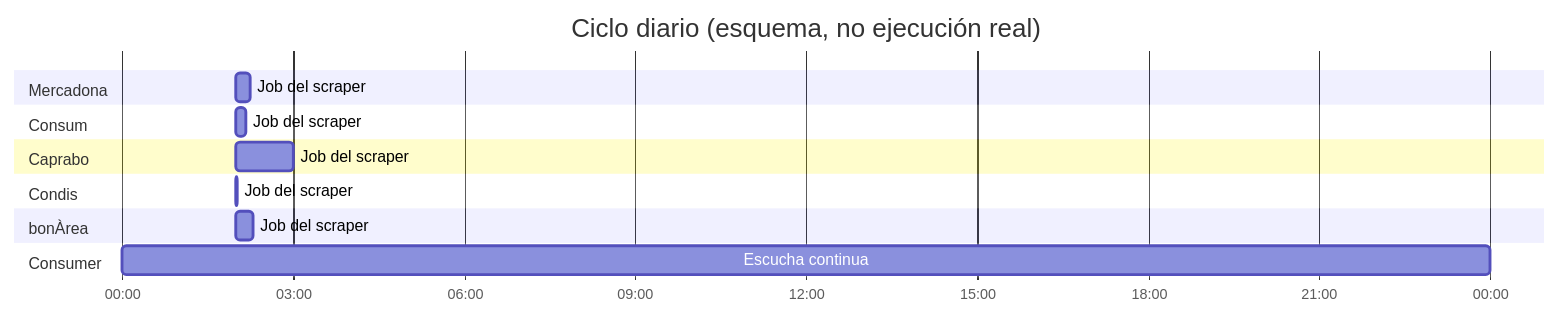
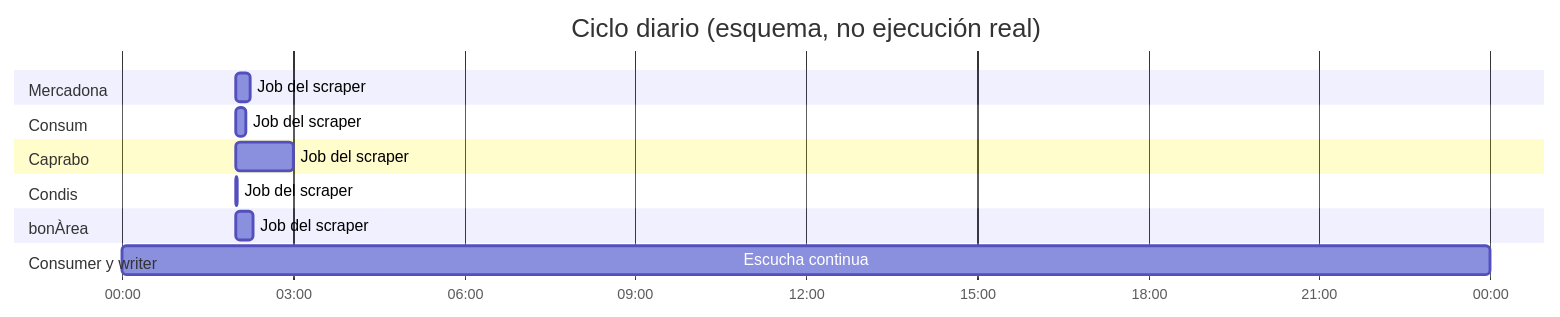
One commit to TheMinimalOwl/PTI-Q26-27-TARDOR changed the third of 3 diagrams in flujo-entrada/docs/02-flujo-datos.md. Above: the diagram before and after it, drawn with Mermaid. The commit also changed other lines of this file and 10 other files, not shown here.

````diff
--- a/flujo-entrada/docs/02-flujo-datos.md
+++ b/flujo-entrada/docs/02-flujo-datos.md
@@ -77,18 +87,18 @@
 ```mermaid
 gantt
   title Ciclo diario (esquema, no ejecución real)
   dateFormat HH:mm
   axisFormat %H:%M
   section Mercadona
   Job del scraper        :02:00, 15m
   section Consum
   Job del scraper        :02:00, 10m
   section Caprabo
   Job del scraper        :02:00, 60m
   section Condis
   Job del scraper        :02:00, 2m
   section bonÀrea
   Job del scraper        :02:00, 18m
-  section Consumer
+  section Consumer y writer
   Escucha continua       :00:00, 24h
 ```
````
